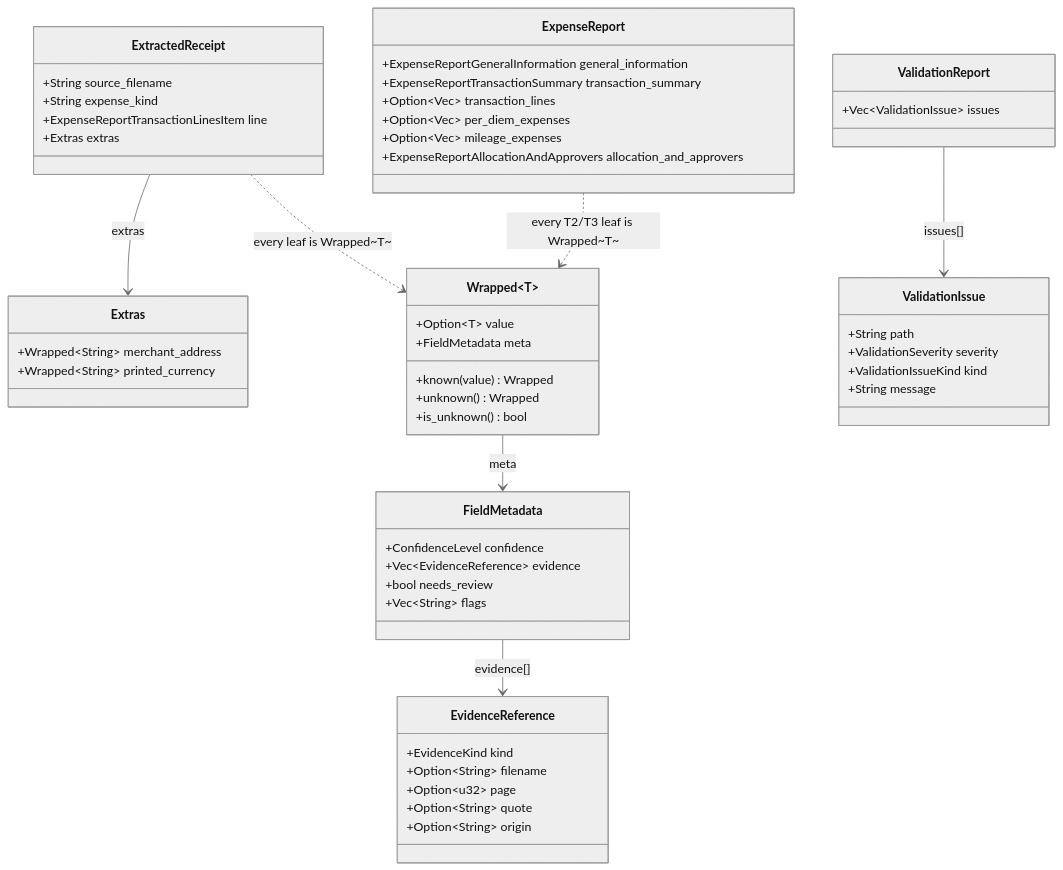
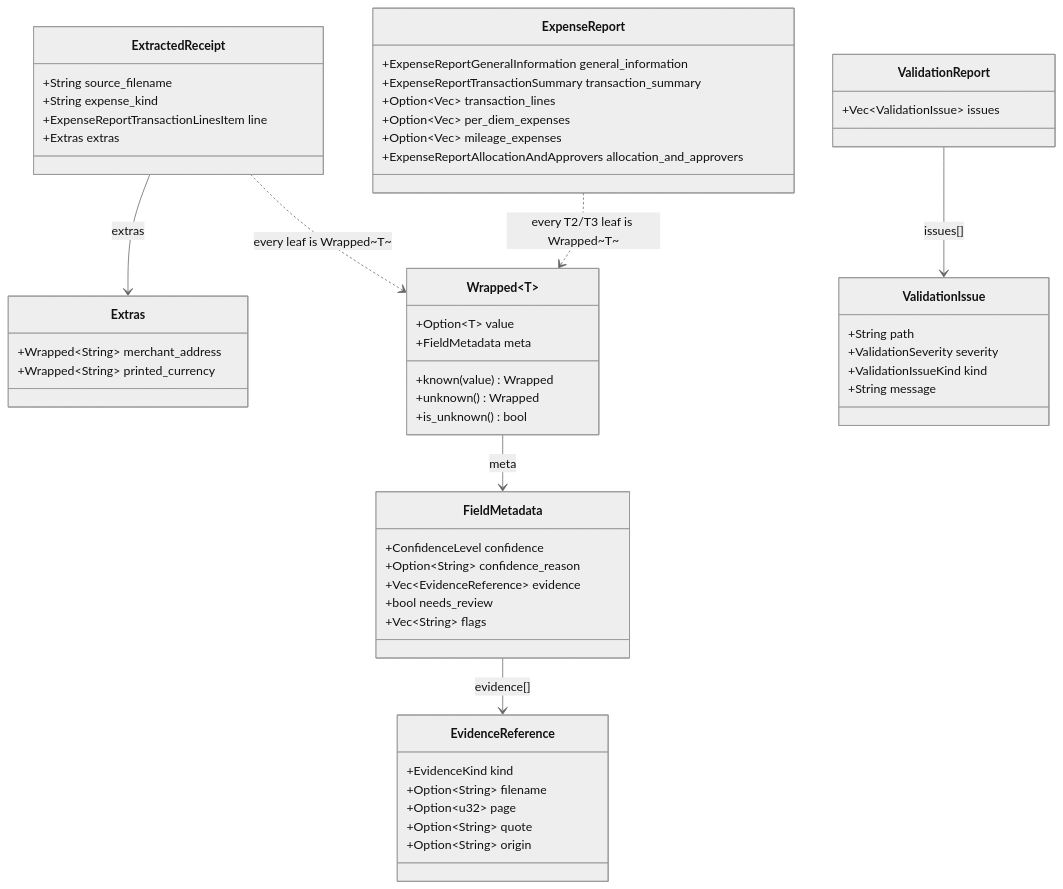
The fifth of 5 diagrams in docs/SPEC.md (aweditya/expense-reports-automation), drawn with Mermaid (neutral theme) before and after one commit. The commit also changed 12 other files, not shown here.

````diff
--- a/docs/SPEC.md
+++ b/docs/SPEC.md
@@ -282,64 +282,65 @@
 ```mermaid
 classDiagram
     class Wrapped~T~ {
         +Option~T~ value
         +FieldMetadata meta
         +known(value) Wrapped
         +unknown() Wrapped
         +is_unknown() bool
     }
 
     class FieldMetadata {
         +ConfidenceLevel confidence
+        +Option~String~ confidence_reason
         +Vec~EvidenceReference~ evidence
         +bool needs_review
         +Vec~String~ flags
     }
 
     class EvidenceReference {
         +EvidenceKind kind
         +Option~String~ filename
         +Option~u32~ page
         +Option~String~ quote
         +Option~String~ origin
     }
 
     class ExtractedReceipt {
         +String source_filename
         +String expense_kind
         +ExpenseReportTransactionLinesItem line
         +Extras extras
     }
 
     class Extras {
         +Wrapped~String~ merchant_address
         +Wrapped~String~ printed_currency
     }
 
     class ExpenseReport {
         +ExpenseReportGeneralInformation general_information
         +ExpenseReportTransactionSummary transaction_summary
         +Option~Vec~ transaction_lines
         +Option~Vec~ per_diem_expenses
         +Option~Vec~ mileage_expenses
         +ExpenseReportAllocationAndApprovers allocation_and_approvers
     }
 
     class ValidationReport {
         +Vec~ValidationIssue~ issues
     }
 
     class ValidationIssue {
         +String path
         +ValidationSeverity severity
         +ValidationIssueKind kind
         +String message
     }
 
     Wrapped --> FieldMetadata : meta
     FieldMetadata --> EvidenceReference : evidence[]
     ExtractedReceipt --> Extras : extras
     ExtractedReceipt ..> Wrapped : every leaf is Wrapped~T~
     ExpenseReport ..> Wrapped : every T2/T3 leaf is Wrapped~T~
     ValidationReport --> ValidationIssue : issues[]
 ```
````
